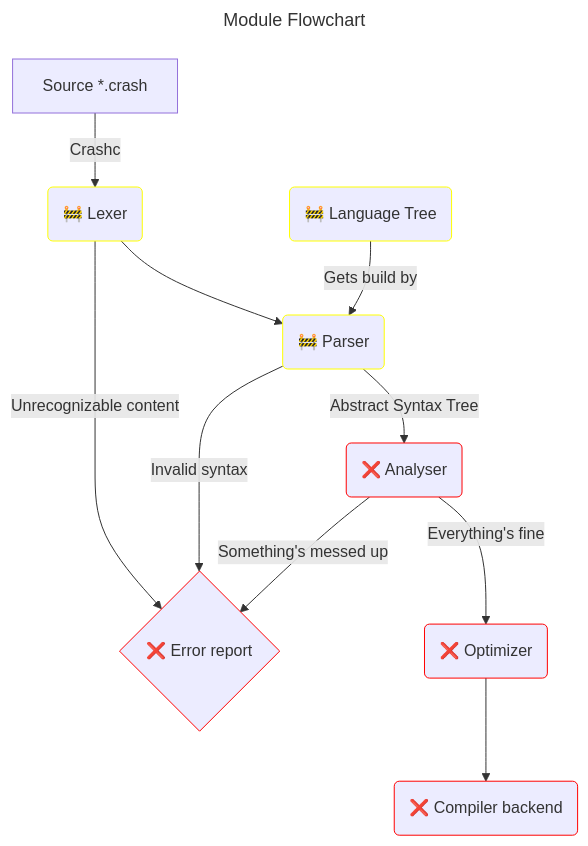
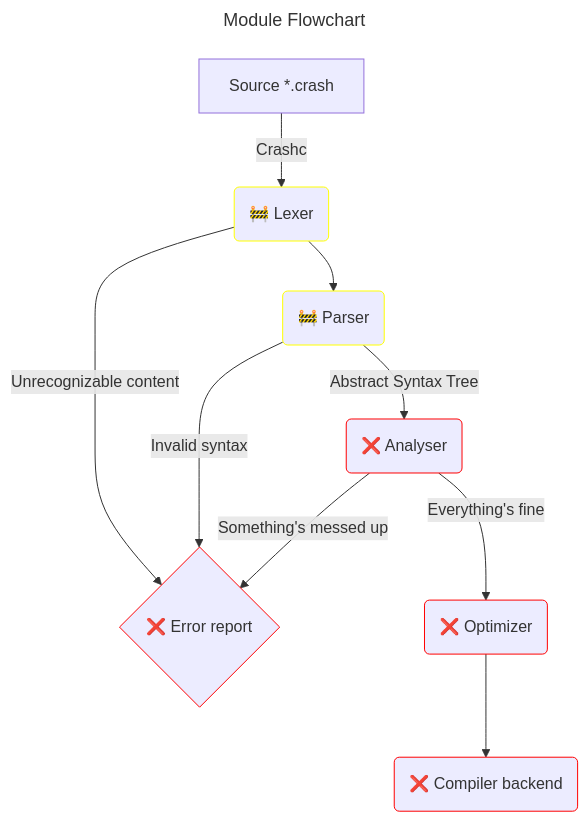
Before and after one commit to crash-lang/crash: the diagram in compiler/README.md, drawn with Mermaid.

````diff
--- a/compiler/README.md
+++ b/compiler/README.md
@@ -29,34 +29,31 @@
 ```mermaid
 ---
 title: Module Flowchart
 ---
 flowchart TD;
     classDef green stroke:#0f0
     classDef red stroke:#f00
     classDef yellow stroke:#ffff00
 
     CODE["Source *.crash"] --> |"Crashc"| LEXER
 
     LEXER("🚧 Lexer") --> PARSER
     LEXER:::yellow --> |"Unrecognizable content"| E_REPORT
-
-    TREE("🚧 Language Tree") --> |"Gets build by"| PARSER
-    TREE:::yellow
 
     PARSER("🚧 Parser") --> |"Abstract Syntax Tree"| ANALYSER
     PARSER:::yellow
     PARSER --> |"Invalid syntax"| E_REPORT
 
     ANALYSER:::red
     ANALYSER("❌ Analyser") --> |"Something's messed up"| E_REPORT
     ANALYSER --> |"Everything's fine"| OPTIMIZER
 
     E_REPORT:::red
     E_REPORT{"❌ Error report"}
 
     OPTIMIZER:::red
     OPTIMIZER("❌ Optimizer") --> BACKEND
 
     BACKEND:::red
     BACKEND("❌ Compiler backend")
 ```
````
